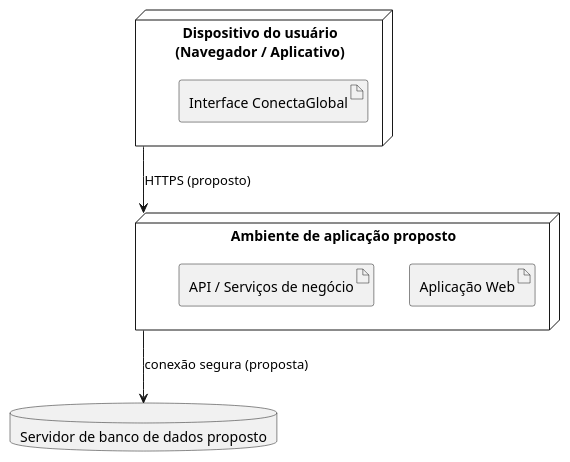
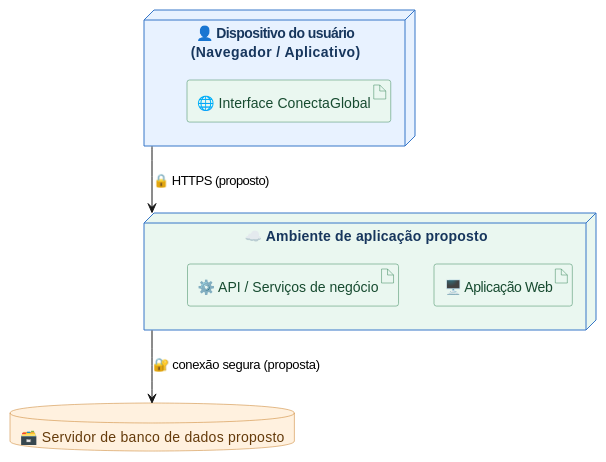
One commit to AllisonOliv/requisitos-2026.2--grupo3 changed the third of 3 diagrams in uml/diagramas.puml. Above: the diagram before and after it, drawn with PlantUML. The commit also changed other lines of this file and 2 other files, not shown here.

```diff
--- a/uml/diagramas.puml
+++ b/uml/diagramas.puml
@@ -94,17 +135,32 @@
-@startuml
+@startuml ConectaGlobal_Implantacao
 skinparam shadowing false
-
-node "Dispositivo do usuário\n(Navegador / Aplicativo)" as CLIENT {
-  artifact "Interface ConectaGlobal"
+skinparam backgroundColor #FFFFFF
+skinparam defaultFontName Arial
+skinparam node {
+  BackgroundColor #E8F2FF
+  BorderColor #3676C8
+  FontColor #17365D
+}
+skinparam artifact {
+  BackgroundColor #EAF7F0
+  BorderColor #39865B
+  FontColor #174B30
+}
+skinparam database {
+  BackgroundColor #FFF1DF
+  BorderColor #C77B20
+  FontColor #653B0B
 }
 
-node "Ambiente de aplicação proposto" as APP {
-  artifact "Aplicação Web"
-  artifact "API / Serviços de negócio"
+node "👤 Dispositivo do usuário\n(Navegador / Aplicativo)" as CLIENT #E8F2FF {
+  artifact "🌐 Interface ConectaGlobal"
 }
+node "☁️ Ambiente de aplicação proposto" as APP #EAF7F0 {
+  artifact "🖥️ Aplicação Web"
+  artifact "⚙️ API / Serviços de negócio"
+}
+database "🗃️ Servidor de banco de dados proposto" as DB
 
-database "Servidor de banco de dados proposto" as DB
-
-CLIENT --> APP : HTTPS (proposto)
-APP --> DB : conexão segura (proposta)
+CLIENT --> APP : 🔒 HTTPS (proposto)
+APP --> DB : 🔐 conexão segura (proposta)
 @enduml
```
